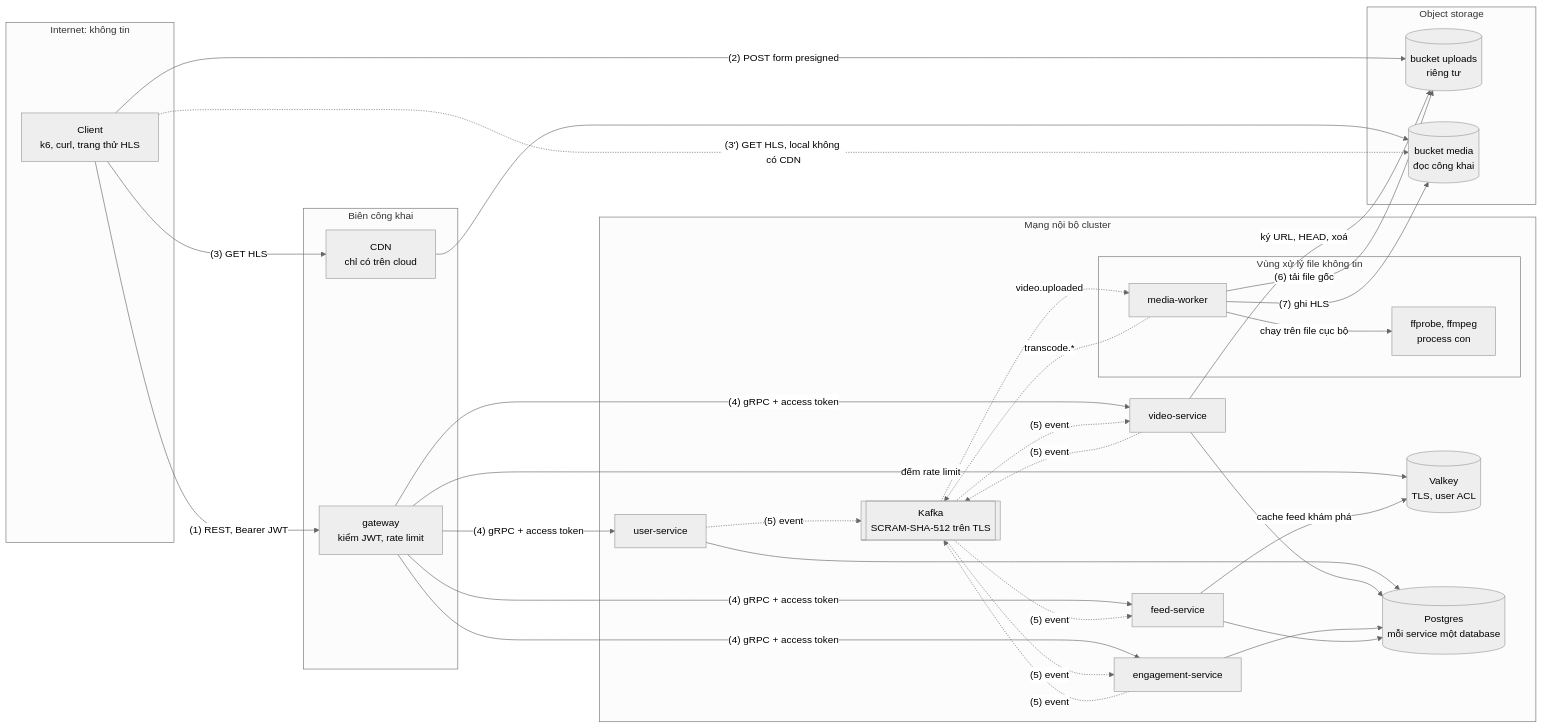
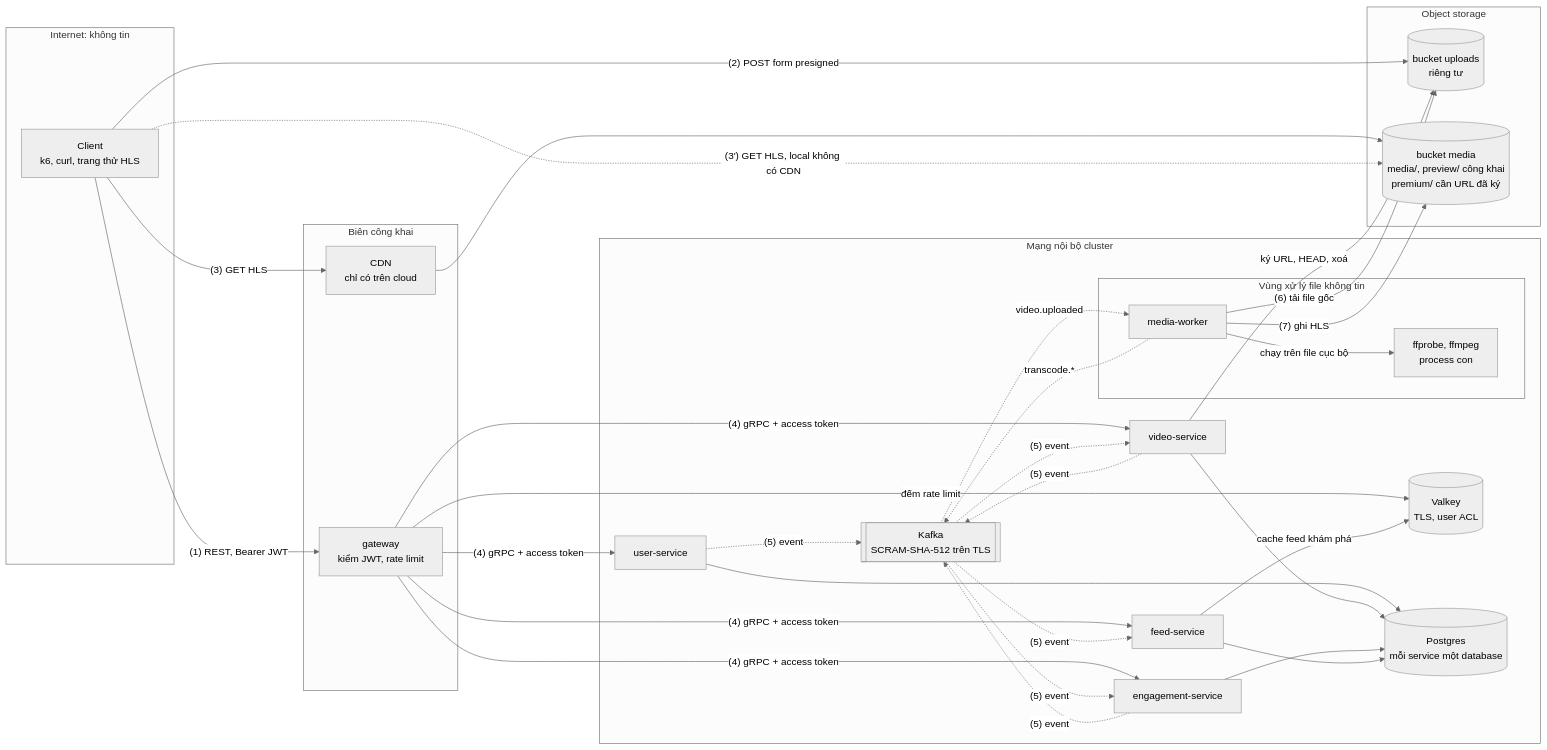
One commit to anhnvcoder/svp-backend changed the diagram in docs/threat-model.md. Above: the diagram before and after it, drawn with Mermaid (neutral theme). The commit also changed other lines of this file and 101 other files, not shown here.

````diff
--- a/docs/threat-model.md
+++ b/docs/threat-model.md
@@ -39,62 +39,62 @@
 ```mermaid
 flowchart LR
     subgraph internet["Internet: không tin"]
         client["Client<br/>k6, curl, trang thử HLS"]
     end
 
     subgraph edge["Biên công khai"]
         gw["gateway<br/>kiểm JWT, rate limit"]
         cdn["CDN<br/>chỉ có trên cloud"]
     end
 
     subgraph storage["Object storage"]
         up[("bucket uploads<br/>riêng tư")]
-        media[("bucket media<br/>đọc công khai")]
+        media[("bucket media<br/>media/, preview/ công khai<br/>premium/ cần URL đã ký")]
     end
 
     subgraph cluster["Mạng nội bộ cluster"]
         us["user-service"]
         vs["video-service"]
         es["engagement-service"]
         fs["feed-service"]
         bus[["Kafka<br/>SCRAM-SHA-512 trên TLS"]]
         redis[("Valkey<br/>TLS, user ACL")]
         pg[("Postgres<br/>mỗi service một database")]
         subgraph sandbox["Vùng xử lý file không tin"]
             mw["media-worker"]
             ff["ffprobe, ffmpeg<br/>process con"]
         end
     end
 
     client -->|"(1) REST, Bearer JWT"| gw
     client -->|"(2) POST form presigned"| up
     client -->|"(3) GET HLS"| cdn
     cdn --> media
     client -.->|"(3') GET HLS, local không có CDN"| media
 
     gw -->|"(4) gRPC + access token"| us
     gw -->|"(4) gRPC + access token"| vs
     gw -->|"(4) gRPC + access token"| es
     gw -->|"(4) gRPC + access token"| fs
     gw -->|"đếm rate limit"| redis
     fs -->|"cache feed khám phá"| redis
 
     us --> pg
     vs --> pg
     es --> pg
     fs --> pg
     vs -->|"ký URL, HEAD, xoá"| up
 
     us -.->|"(5) event"| bus
     vs -.->|"(5) event"| bus
     es -.->|"(5) event"| bus
     bus -.->|"(5) event"| vs
     bus -.->|"(5) event"| es
     bus -.->|"(5) event"| fs
     bus -.->|"video.uploaded"| mw
     mw -.->|"transcode.*"| bus
 
     mw -->|"(6) tải file gốc"| up
     mw -->|"chạy trên file cục bộ"| ff
     mw -->|"(7) ghi HLS"| media
 ```
````
